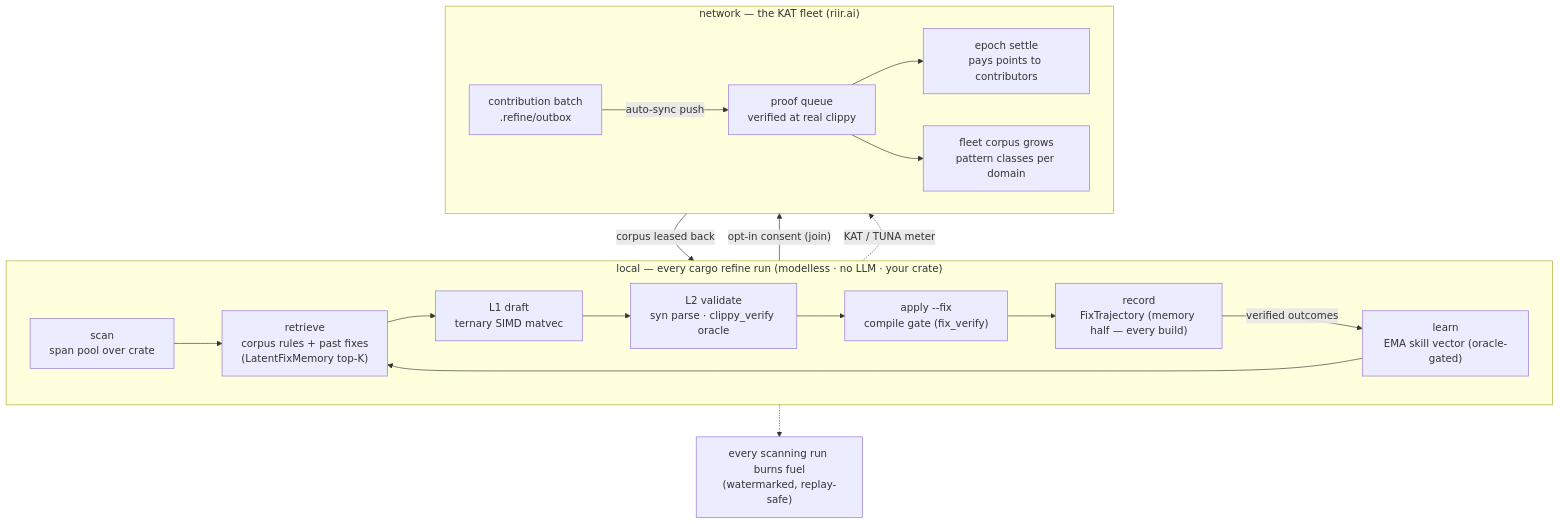
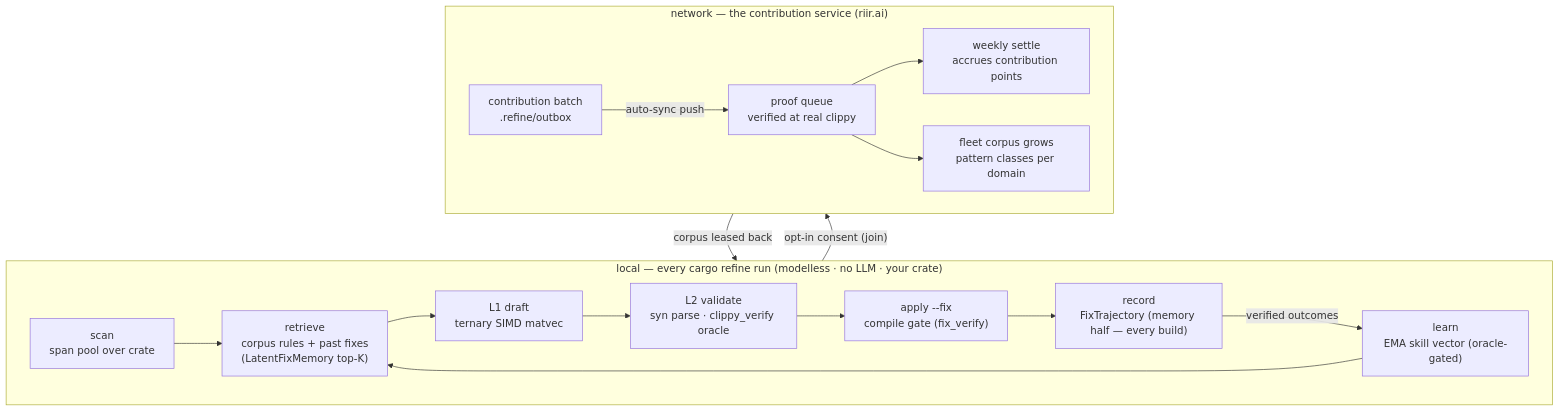
Before and after one commit to riir-ai/riir-refine: the diagram in .docs/10_self_evolve/self_evolve_flow.md, drawn with Mermaid. The commit also changed other lines of this file and 17 other files, not shown here.

````diff
--- a/.docs/10_self_evolve/self_evolve_flow.md
+++ b/.docs/10_self_evolve/self_evolve_flow.md
@@ -146,26 +148,24 @@
 ```mermaid
 flowchart TB
     subgraph LOCAL["local — every cargo refine run (modelless · no LLM · your crate)"]
         direction LR
         SCAN["scan<br/>span pool over crate"] --> RET["retrieve<br/>corpus rules + past fixes<br/>(LatentFixMemory top-K)"]
         RET --> DRAFT["L1 draft<br/>ternary SIMD matvec"]
         DRAFT --> VAL["L2 validate<br/>syn parse · clippy_verify oracle"]
         VAL --> FIX["apply --fix<br/>compile gate (fix_verify)"]
         FIX --> REC["record<br/>FixTrajectory (memory half — every build)"]
         REC -->|"verified outcomes"| LEARN["learn<br/>EMA skill vector (oracle-gated)"]
         LEARN --> RET
     end
 
     REC -->|"opt-in consent (join)"| OUT["contribution batch<br/>.refine/outbox"]
 
-    subgraph NET["network — the KAT fleet (riir.ai)"]
+    subgraph NET["network — the contribution service (riir.ai)"]
         direction LR
         OUT -->|"auto-sync push"| PROOF["proof queue<br/>verified at real clippy"]
-        PROOF --> SETTLE["epoch settle<br/>pays points to contributors"]
+        PROOF --> SETTLE["weekly settle<br/>accrues contribution points"]
         PROOF --> GROW["fleet corpus grows<br/>pattern classes per domain"]
     end
 
     GROW -->|"corpus leased back"| RET
-    SCAN -.->|"KAT / TUNA meter"| SETTLE
-    SCAN -.-> BURN["every scanning run burns fuel<br/>(watermarked, replay-safe)"]
 ```
````
